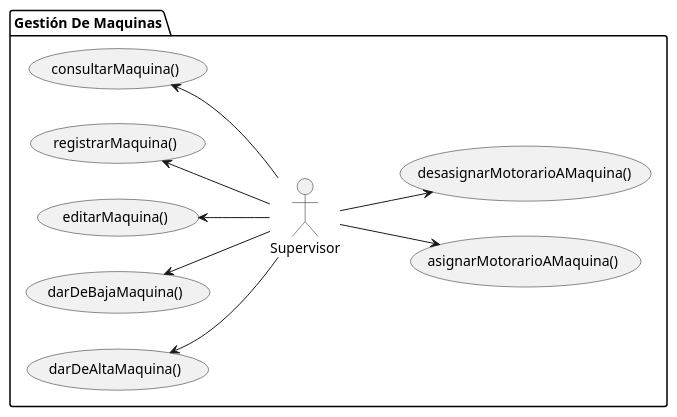
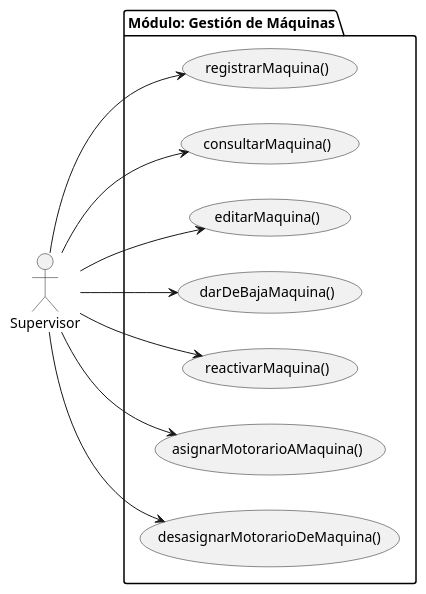
The diagram in UML/00-requisitos/01-actores-casosDeUso/00-actores/Supervisor/Maquina/DdCdU-supervisor-gestionDeMaquinas.puml (aeRomeroz/pyTicketing), drawn with PlantUML before and after one commit. The commit also changed 14 other files, not shown here.

First line of the commit message:
refactor(casos-de-uso): estandarizar diagramas de casos de uso y relaciones UML

```diff
--- a/UML/00-requisitos/01-actores-casosDeUso/00-actores/Supervisor/Maquina/DdCdU-supervisor-gestionDeMaquinas.puml
+++ b/UML/00-requisitos/01-actores-casosDeUso/00-actores/Supervisor/Maquina/DdCdU-supervisor-gestionDeMaquinas.puml
@@ -1,31 +1,27 @@
-@startuml diagrama-casos-uso-supervisor-gestion-de-maquinas
+@startuml DdCdU-supervisor-gestion-de-maquinas
 
 left to right direction
 
-package "Gestión De Maquinas" {
+actor "Supervisor" as supervisor
 
-    actor "Supervisor" as supervisor
-
+package "Módulo: Gestión de Máquinas" {
+    usecase registrarMaquina as "registrarMaquina()"
     usecase consultarMaquina as "consultarMaquina()"
-    usecase registrarMaquina as "registrarMaquina()"
     usecase editarMaquina as "editarMaquina()"
     usecase darDeBajaMaquina as "darDeBajaMaquina()"
-    usecase darDeAltaMaquina as "darDeAltaMaquina()"
-    
+    usecase reactivarMaquina as "reactivarMaquina()"
+
     usecase asignarMotorarioAMaquina as "asignarMotorarioAMaquina()"
-    usecase desasignarMotorarioAMaquina as "desasignarMotorarioAMaquina()"
- 
+    usecase desasignarMotorarioDeMaquina as "desasignarMotorarioDeMaquina()"
 }
 
-
-consultarMaquina <-- supervisor
-registrarMaquina <-- supervisor
-editarMaquina <-- supervisor
-darDeBajaMaquina <-- supervisor
-darDeAltaMaquina <-- supervisor
+supervisor --> registrarMaquina
+supervisor --> consultarMaquina
+supervisor --> editarMaquina
+supervisor --> darDeBajaMaquina
+supervisor --> reactivarMaquina
 
 supervisor --> asignarMotorarioAMaquina
-supervisor --> desasignarMotorarioAMaquina
-
+supervisor --> desasignarMotorarioDeMaquina
 
 @enduml
```
